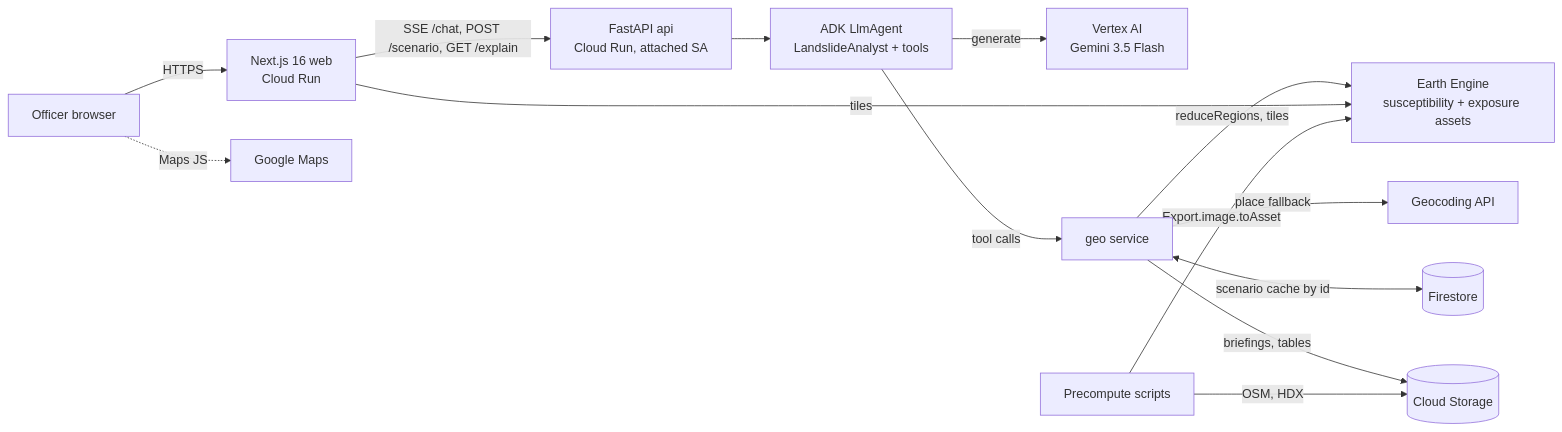
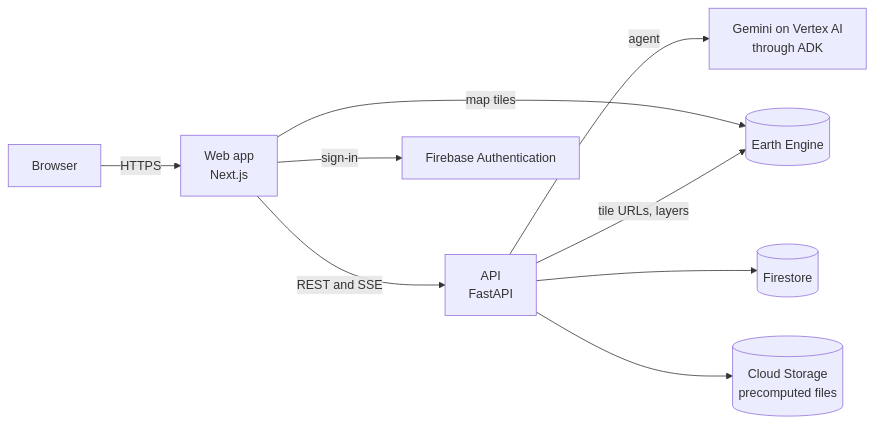
Before and after one commit to Kamalh27/dnext: the diagram in docs/architecture.md, drawn with Mermaid. The commit also changed other lines of this file and 44 other files, not shown here.

First line of the commit message:
Rewrite docs in plain language, rename tambon-risk modules, scripts and storage paths, drop Makefile

````diff
--- a/docs/architecture.md
+++ b/docs/architecture.md
@@ -3,16 +5,11 @@
 ```mermaid
 flowchart LR
-  U[Officer browser] -->|HTTPS| W[Next.js 16 web<br/>Cloud Run]
-  W -->|SSE /chat, POST /scenario, GET /explain| A[FastAPI api<br/>Cloud Run, attached SA]
-  A --> AG[ADK LlmAgent<br/>LandslideAnalyst + tools]
-  AG -->|generate| V[Vertex AI<br/>Gemini 3.5 Flash]
-  AG -->|tool calls| G[geo service]
-  G -->|reduceRegions, tiles| EE[Earth Engine<br/>susceptibility + exposure assets]
-  G -->|place fallback| GC[Geocoding API]
-  G <-->|scenario cache by id| FS[(Firestore)]
-  G -->|briefings, tables| GCS[(Cloud Storage)]
-  W -->|tiles| EE
-  U -.->|Maps JS| M[Google Maps]
-  P[Precompute scripts] -->|Export.image.toAsset| EE
-  P -->|OSM, HDX| GCS
+  U[Browser] -->|HTTPS| W[Web app<br/>Next.js]
+  W -->|REST and SSE| A[API<br/>FastAPI]
+  W -->|sign-in| F[Firebase Authentication]
+  W -->|map tiles| EE[(Earth Engine)]
+  A -->|agent| G[Gemini on Vertex AI<br/>through ADK]
+  A -->|tile URLs, layers| EE
+  A --> FS[(Firestore)]
+  A --> GCS[(Cloud Storage<br/>precomputed files)]
 ```
````
